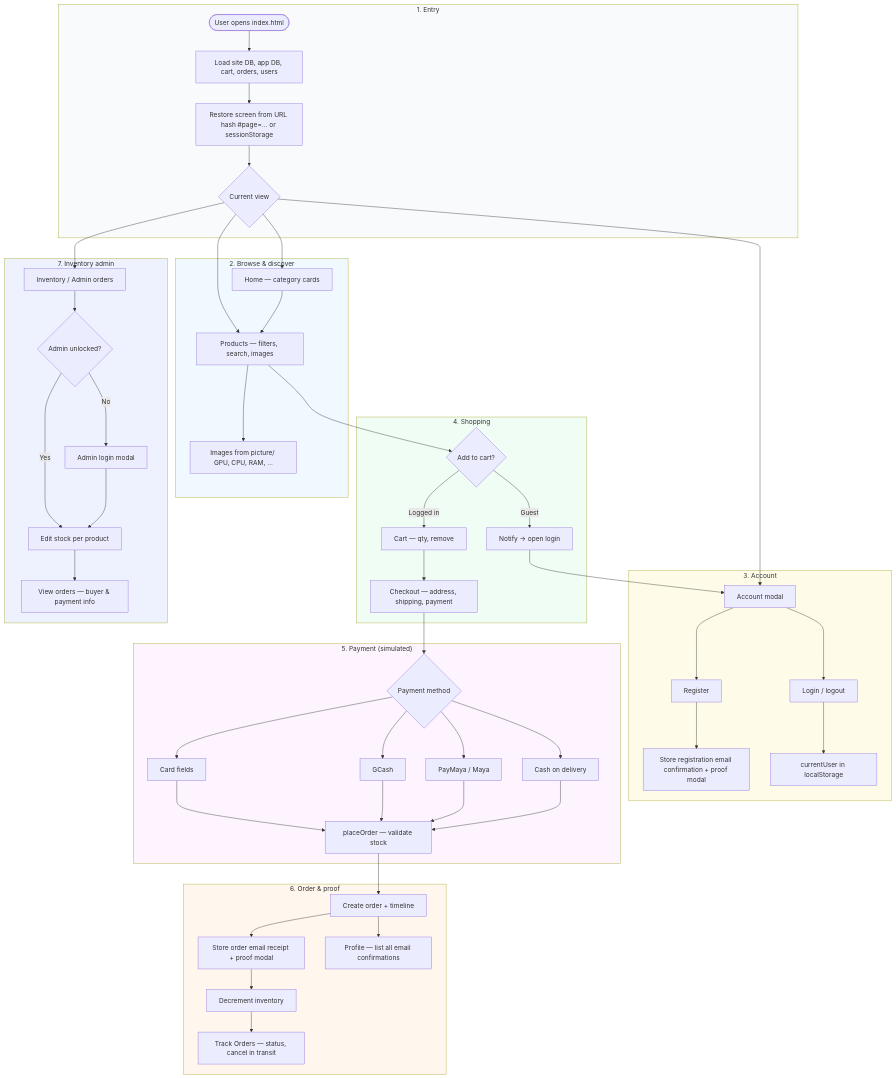
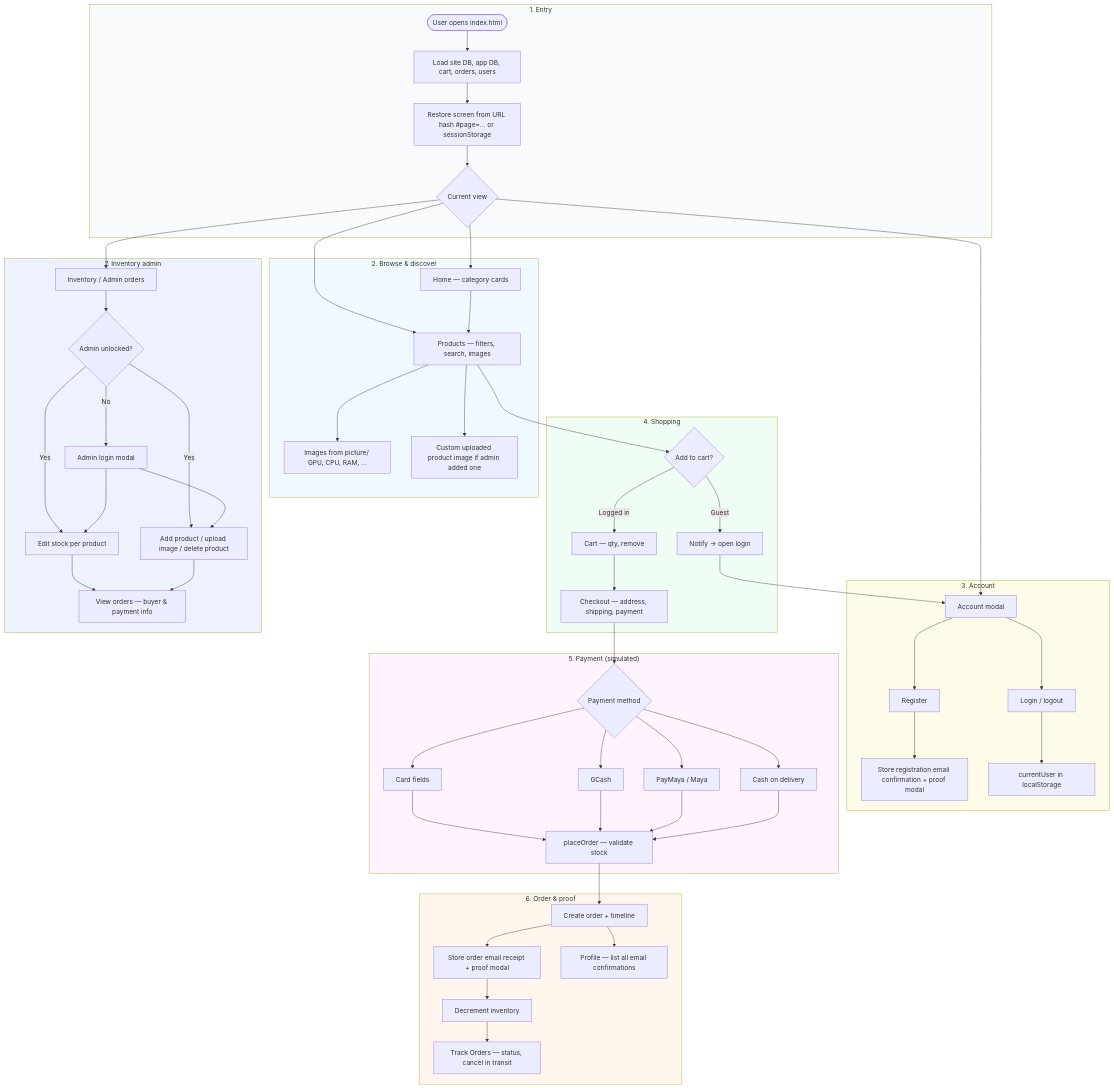
Before and after one commit to LODIMER/Shopping-website-main: the first of 2 diagrams in README.md, drawn with Mermaid. The commit also changed other lines of this file, not shown here.

````diff
--- a/README.md
+++ b/README.md
@@ -8,65 +8,69 @@
 ```mermaid
 flowchart TB
     subgraph entry["1. Entry"]
         A([User opens index.html]) --> B[Load site DB, app DB, cart, orders, users]
         B --> C[Restore screen from URL hash #page=… or sessionStorage]
         C --> D{Current view}
     end
 
     subgraph browse["2. Browse & discover"]
         D --> Home[Home — category cards]
         D --> Products[Products — filters, search, images]
         Home --> Products
         Products --> PImg[Images from picture/ GPU, CPU, RAM, …]
+        Products --> UImg[Custom uploaded product image if admin added one]
     end
 
     subgraph auth["3. Account"]
         D --> Account[Account modal]
         Account --> Reg[Register]
         Account --> Log[Login / logout]
         Reg --> EC1[Store registration email confirmation + proof modal]
         Log --> Sess[currentUser in localStorage]
     end
 
     subgraph shop["4. Shopping"]
         Products --> Add{Add to cart?}
         Add -->|Guest| NeedLogin[Notify → open login]
         Add -->|Logged in| Cart[Cart — qty, remove]
         NeedLogin --> Account
         Cart --> Chk[Checkout — address, shipping, payment]
     end
 
     subgraph pay["5. Payment (simulated)"]
         Chk --> PM{Payment method}
         PM --> Card[Card fields]
         PM --> GC[GCash]
         PM --> PMY[PayMaya / Maya]
         PM --> COD[Cash on delivery]
         Card & GC & PMY & COD --> PO[placeOrder — validate stock]
     end
 
     subgraph order["6. Order & proof"]
         PO --> Ord[Create order + timeline]
         Ord --> EC2[Store order email receipt + proof modal]
         EC2 --> Stock[Decrement inventory]
         Stock --> Track[Track Orders — status, cancel in transit]
         Ord --> Prof[Profile — list all email confirmations]
     end
 
     subgraph admin["7. Inventory admin"]
         D --> Inv[Inventory / Admin orders]
         Inv --> Gate{Admin unlocked?}
         Gate -->|No| ADM[Admin login modal]
         Gate -->|Yes| Stk[Edit stock per product]
+        Gate -->|Yes| AddDel[Add product / upload image / delete product]
         ADM --> Stk
+        ADM --> AddDel
         Stk --> AO[View orders — buyer & payment info]
+        AddDel --> AO
     end
 
     style entry fill:#f8fafc
     style browse fill:#f0f9ff
     style auth fill:#fefce8
     style shop fill:#f0fdf4
     style pay fill:#fdf4ff
     style order fill:#fff7ed
     style admin fill:#eef2ff
 ```
````
